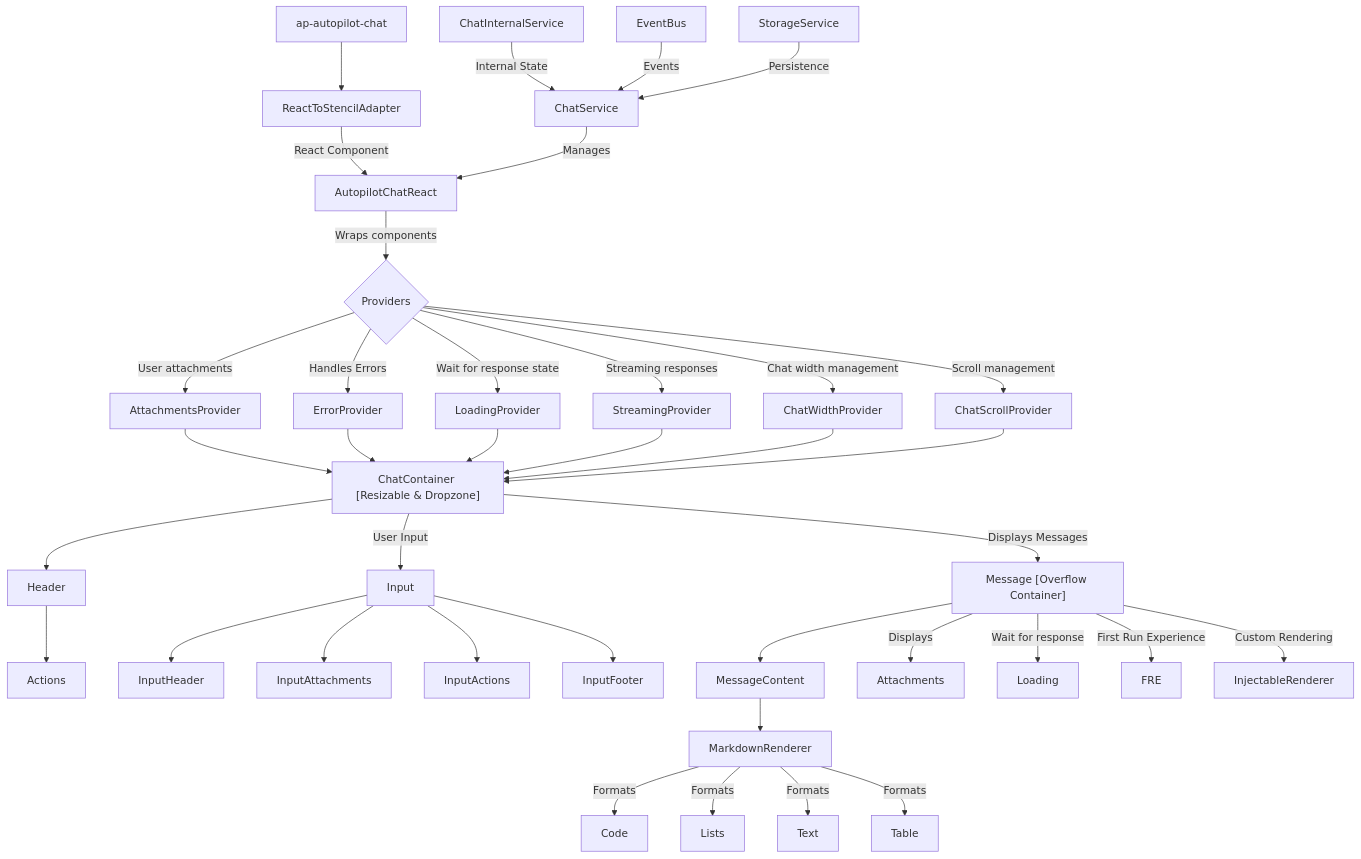
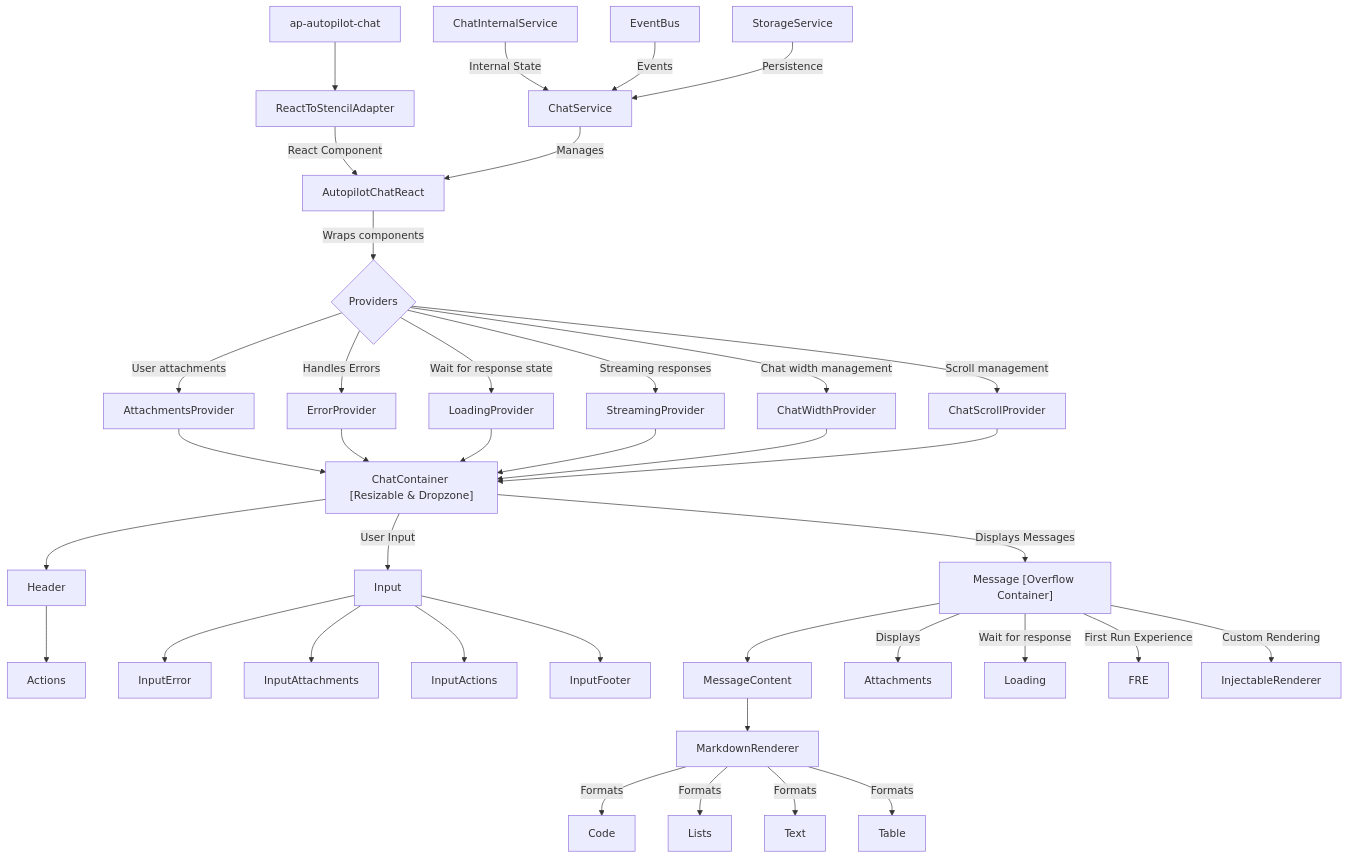
One commit to UiPath/apollo-ui changed the diagram in packages/apollo-react/src/material/components/ap-chat/DOCS.md. Above: the diagram before and after it, drawn with Mermaid. The commit also changed 6 other files, not shown here.

````diff
--- a/packages/apollo-react/src/material/components/ap-chat/DOCS.md
+++ b/packages/apollo-react/src/material/components/ap-chat/DOCS.md
@@ -544,56 +544,56 @@
 ```mermaid
 graph TD
     %% Main Components
     A[ap-autopilot-chat] --> B[ReactToStencilAdapter]
     B -->|React Component| C[AutopilotChatReact]
 
     %% Main Container Structure
     C -->|Wraps components| D{Providers}
     
     %% Providers
     D -->|User attachments| E[AttachmentsProvider]
     D -->|Handles Errors| F[ErrorProvider]
     D -->|Wait for response state| G[LoadingProvider]
     D -->|Streaming responses| H[StreamingProvider]
     D -->|Chat width management| I[ChatWidthProvider]
     D -->|Scroll management| J[ChatScrollProvider]
 
     %% Chat Container
     E --> K["ChatContainer [Resizable & Dropzone]"]
     F --> K
     G --> K
     H --> K
     I --> K
     J --> K
 
     %% Header
     K --> L[Header]
     L --> M[Actions]
 
     %% Input Section
     K -->|User Input| N[Input]
-    N --> O[InputHeader]
+    N --> O[InputError]
     N --> P[InputAttachments]
     N --> Q[InputActions]
     N --> R[InputFooter]
 
     %% Message Section
     K -->|Displays Messages| S["Message [Overflow Container]"]
     S --> T[MessageContent]
     T --> U[MarkdownRenderer]
     U -->|Formats| V[Code]
     U -->|Formats| W[Lists]
     U -->|Formats| X[Text]
     U -->|Formats| Y[Table]
     
     S -->|Displays| Z[Attachments]
     S -->|Wait for response| AA[Loading]
     S -->|First Run Experience| AB[FRE]
     S -->|Custom Rendering| AC[InjectableRenderer]
 
     %% Services
     AD[ChatService] -->|Manages| C
     AE[ChatInternalService] -->|Internal State| AD
     AF[EventBus] -->|Events| AD
     AG[StorageService] -->|Persistence| AD
 ```
````
